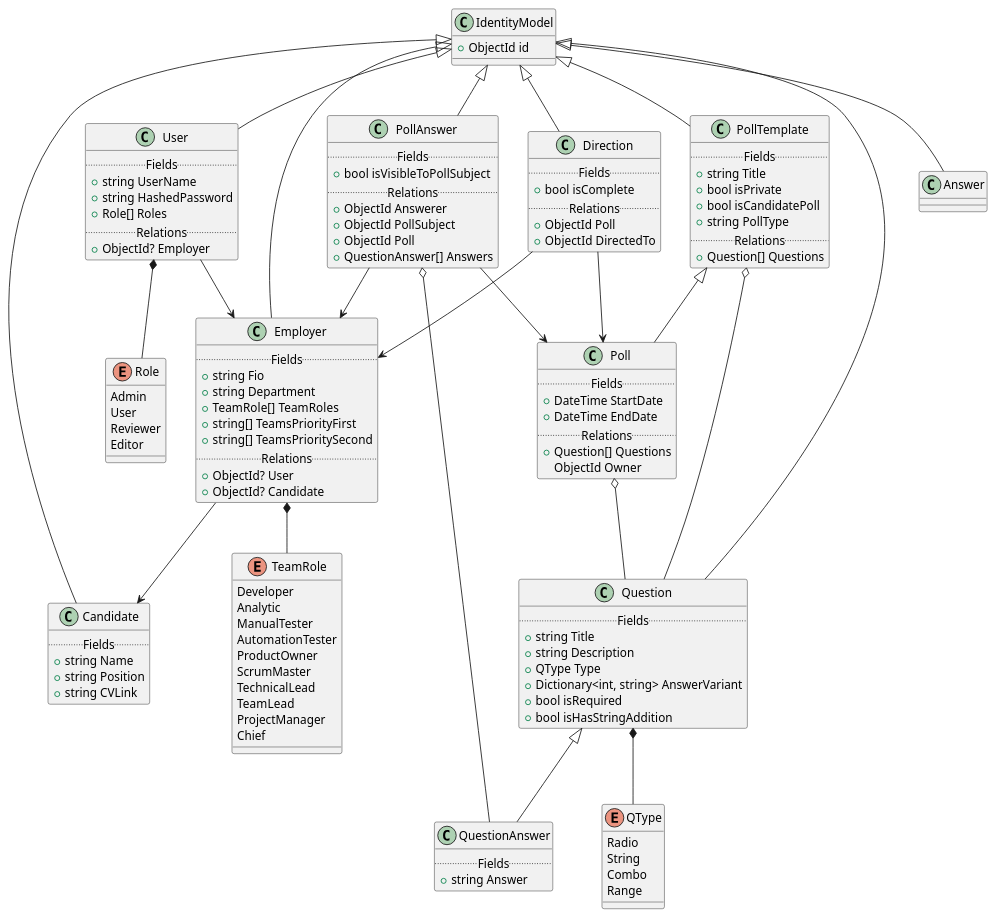
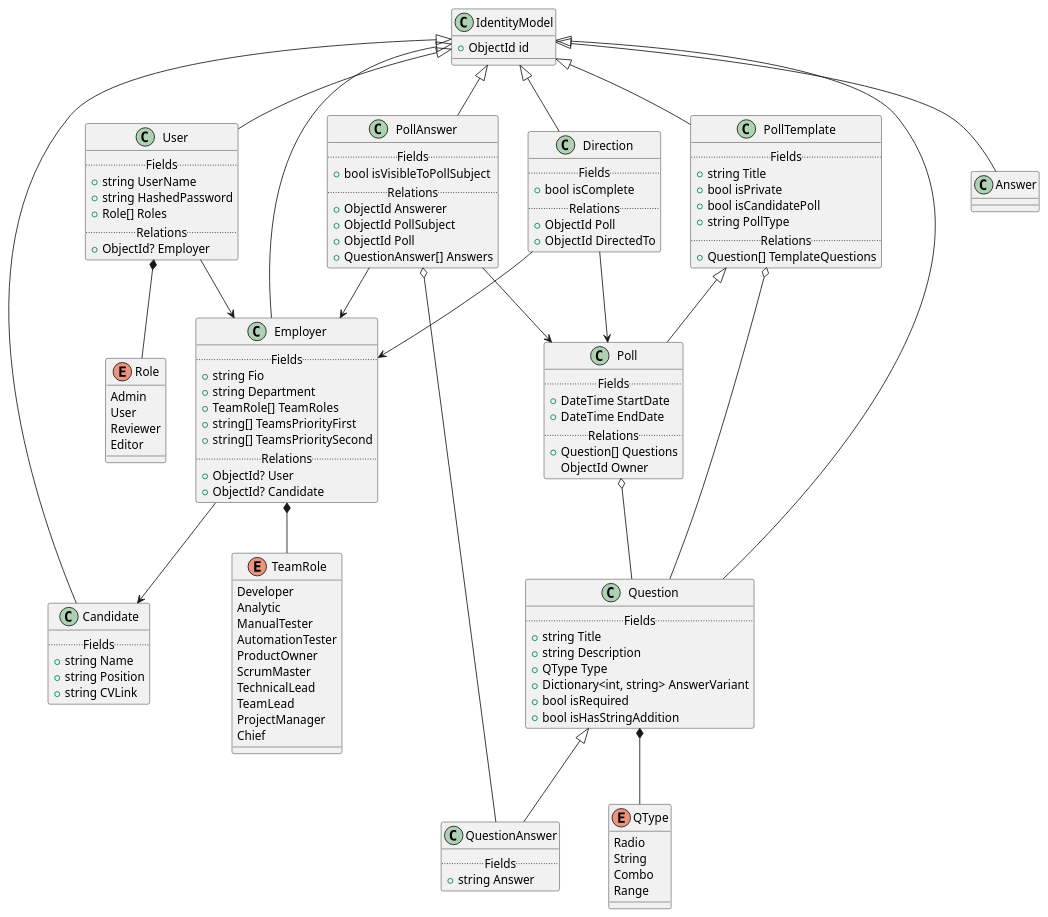
Before and after one commit to kroniak/feedback-service: the diagram in docs/diagrams/models.wsd, drawn with PlantUML. The commit also changed 17 other files, not shown here.

```diff
--- a/docs/diagrams/models.wsd
+++ b/docs/diagrams/models.wsd
@@ -1,138 +1,138 @@
 @startuml models
 
 class IdentityModel {
   +ObjectId id
 }
 
 IdentityModel <|-- User
 IdentityModel <|-- Employer
 IdentityModel <|-- Candidate
 IdentityModel <|-- Direction
 IdentityModel <|-- PollAnswer
 IdentityModel <|-- PollTemplate
 IdentityModel <|-- Question
 IdentityModel <|-- Answer
 
 
 class User {
   .. Fields ..
   +string UserName
   +string HashedPassword
   +Role[] Roles
   .. Relations ..
   +ObjectId? Employer
 }
 User *-- Role
 User --> Employer
 
 class Employer {
   .. Fields ..
   +string Fio
   +string Department
   +TeamRole[] TeamRoles
   +string[] TeamsPriorityFirst
   +string[] TeamsPrioritySecond
   .. Relations ..
   +ObjectId? User
   +ObjectId? Candidate
 }
 Employer --> Candidate
 Employer *-- TeamRole
 
 class Candidate {
   .. Fields ..
   +string Name
   +string Position
   +string CVLink
 }
 
 class PollTemplate {
   .. Fields ..
   +string Title
   +bool isPrivate
   +bool isCandidatePoll
   +string PollType
   .. Relations ..
-  +Question[] Questions
+  +Question[] TemplateQuestions
 }
 PollTemplate o-- Question
 
 class Poll {
   .. Fields ..
   +DateTime StartDate
   +DateTime EndDate
   .. Relations ..
   +Question[] Questions
   ObjectId Owner
 }
 Poll o-- Question
 PollTemplate <|-- Poll
 
 class Question {
   .. Fields ..
   +string Title
   +string Description
   +QType Type
   +Dictionary<int, string> AnswerVariant
   +bool isRequired
   +bool isHasStringAddition
 }
 Question *-- QType
 
 class PollAnswer {
   .. Fields ..
   +bool isVisibleToPollSubject
   .. Relations ..
   +ObjectId Answerer
   +ObjectId PollSubject
   +ObjectId Poll
   +QuestionAnswer[] Answers
 }
 PollAnswer o-- QuestionAnswer
 PollAnswer --> Employer
 PollAnswer --> Poll
 
 class QuestionAnswer {
   .. Fields ..
   +string Answer
 }
 Question <|-- QuestionAnswer
 
 class Direction {
   .. Fields ..
   +bool isComplete
   .. Relations ..
   +ObjectId Poll
   +ObjectId DirectedTo
 }
 Direction --> Employer
 Direction --> Poll
 
 enum QType {
   Radio
   String
   Combo
   Range
 }
 
 enum Role {
   Admin
   User
   Reviewer
   Editor
 }
 
 enum TeamRole {
   Developer
   Analytic
   ManualTester
   AutomationTester
   ProductOwner
   ScrumMaster
   TechnicalLead
   TeamLead
   ProjectManager
   Chief
 }
 
 @enduml
```
